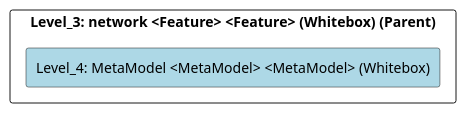
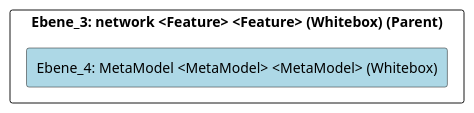
One commit to marcozwyssig/cleon changed the diagram in doc/cleonproject_deliverables_architecture_model_architecture/adoc/de/05_bausteinsicht/cleon/modeling_languages/network/metamodel/ebene_4_metamodel.adoc. Above: the diagram before and after it, drawn with PlantUML. The commit also changed other lines of this file and 214 other files, not shown here.

```diff
--- a/doc/cleonproject_deliverables_architecture_model_architecture/adoc/de/05_bausteinsicht/cleon/modeling_languages/network/metamodel/ebene_4_metamodel.adoc
+++ b/doc/cleonproject_deliverables_architecture_model_architecture/adoc/de/05_bausteinsicht/cleon/modeling_languages/network/metamodel/ebene_4_metamodel.adoc
@@ -20,24 +20,24 @@
-[plantuml, Level_4: MetaModel <MetaModel> <MetaModel> (Whitebox)BlockOverview, format="svg"]
+[plantuml, Ebene_4: MetaModel <MetaModel> <MetaModel> (Whitebox)BlockOverview, format="svg"]
 ----
-@startuml Level_4: MetaModel <MetaModel> <MetaModel> (Whitebox)BuildingBlockOverview
+@startuml Ebene_4: MetaModel <MetaModel> <MetaModel> (Whitebox)BuildingBlockOverview
 
 skinparam ranksep 10
 skinparam componentStyle rectangle
 skinparam shadowing false
 skinparam arrowColor lightblue
 skinparam arrowThickness 1.2
 skinparam rectangle {
   BackgroundColor White
   BorderColor #333
   RoundCorner 10
 }
 top to bottom direction
 
-component "Level_3: network <Feature> <Feature> (Whitebox) (Parent)" {
-    component "Level_4: MetaModel <MetaModel> <MetaModel> (Whitebox)" #lightblue {
+component "Ebene_3: network <Feature> <Feature> (Whitebox) (Parent)" {
+    component "Ebene_4: MetaModel <MetaModel> <MetaModel> (Whitebox)" #lightblue {
     }
 
 }
 
 @enduml
 ----
```
